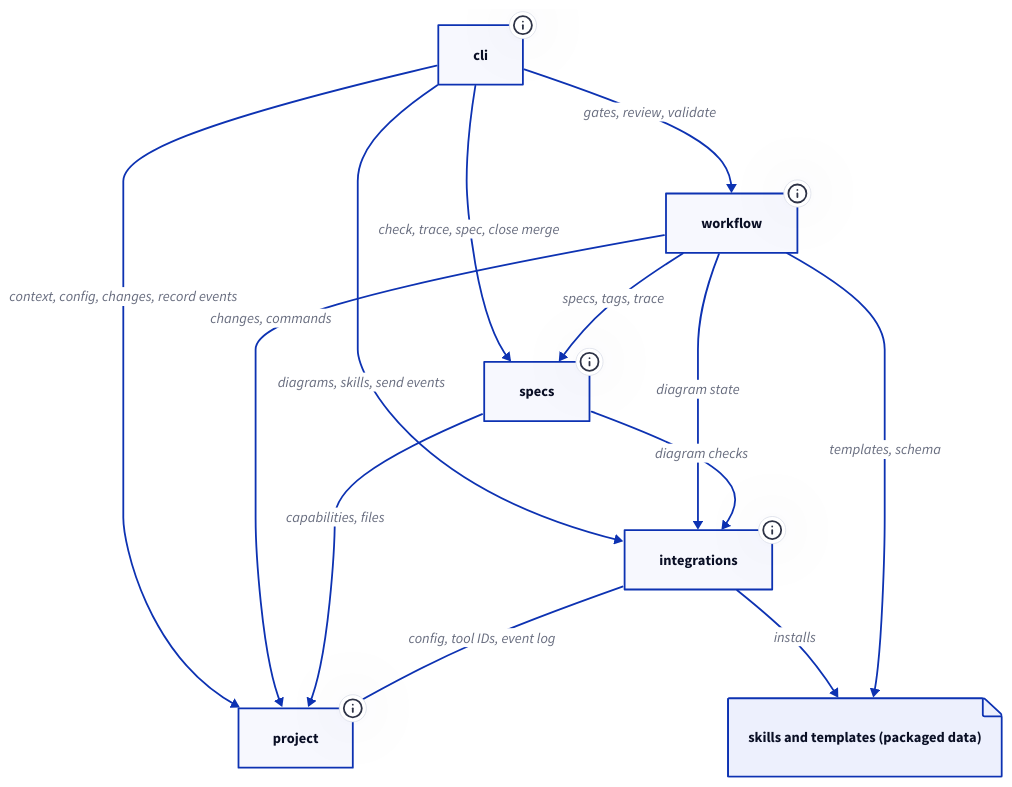
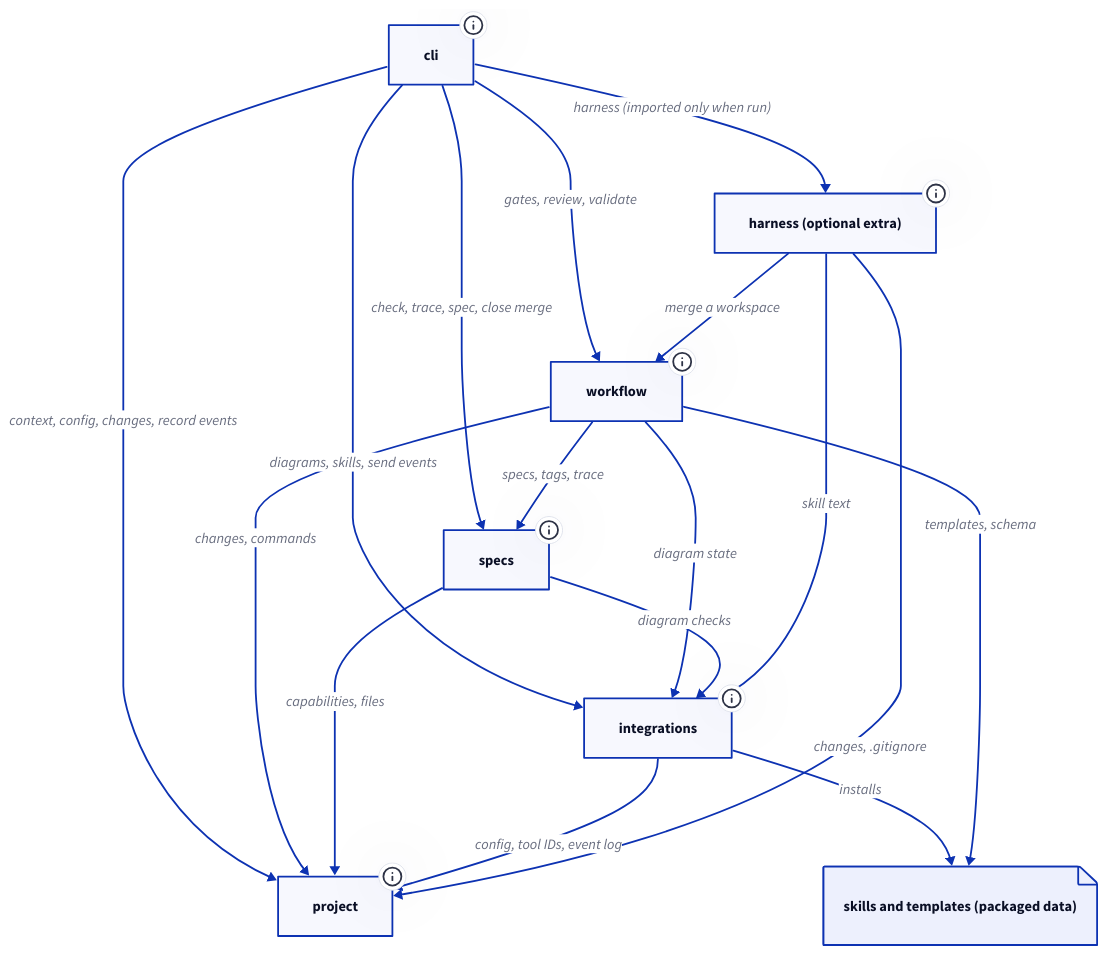
Before and after one commit to lcmonteiro/specworks: the diagram in docs/diagrams/architecture-blocks.d2, drawn with D2. The commit also changed 33 other files, not shown here.

First line of the commit message:
add-chatinho-harness: close

```diff
--- a/docs/diagrams/architecture-blocks.d2
+++ b/docs/diagrams/architecture-blocks.d2
@@ -1,33 +1,40 @@
 direction: down
 
 cli: cli {
   tooltip: "src/specworks/cli: commands, --json output, errors as values"
 }
 workflow: workflow {
   tooltip: "src/specworks/workflow: artifacts, gates, review, cycles, validate"
 }
 specs: specs {
   tooltip: "src/specworks/specs: spec files, checks, tasks, trace, merge at close"
 }
 integrations: integrations {
   tooltip: "src/specworks/tools: D2 diagrams, installing skills, Langfuse"
 }
 project: project {
   tooltip: "src/specworks/core: config, workspace, changes, event log, runner, git"
 }
+harness: harness (optional extra) {
+  tooltip: "src/specworks/harness: the flow as a chatinho chat, one Deep Agent peer per skill"
+}
 skills: skills and templates (packaged data) {
   shape: page
 }
 
 cli -> workflow: gates, review, validate
 cli -> specs: check, trace, spec, close merge
 cli -> integrations: diagrams, skills, send events
 cli -> project: context, config, changes, record events
 workflow -> specs: specs, tags, trace
 workflow -> project: changes, commands
 workflow -> integrations: diagram state
 specs -> project: capabilities, files
 specs -> integrations: diagram checks
 integrations -> project: config, tool IDs, event log
 integrations -> skills: installs
 workflow -> skills: templates, schema
+cli -> harness: "harness (imported only when run)"
+harness -> workflow: merge a workspace
+harness -> integrations: skill text
+harness -> project: changes, .gitignore
```
